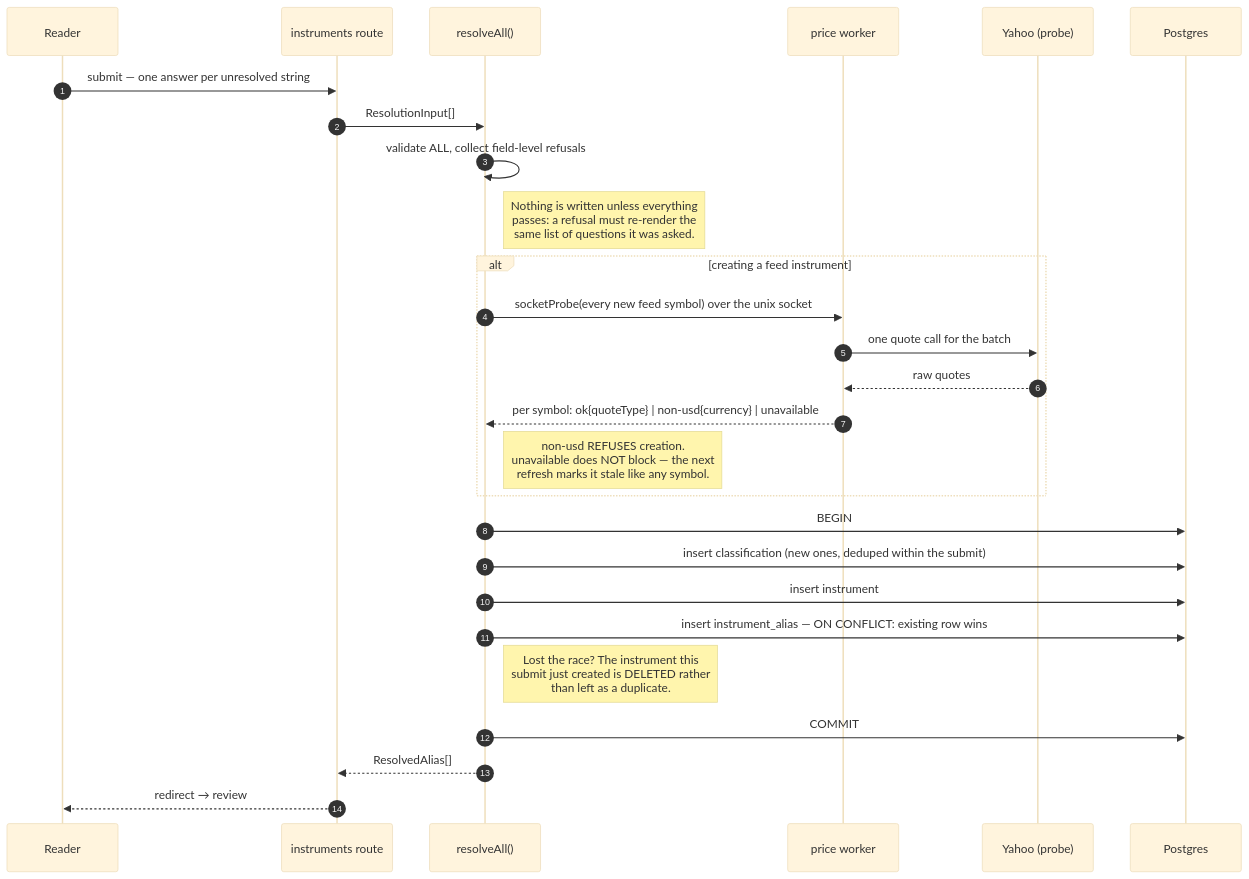
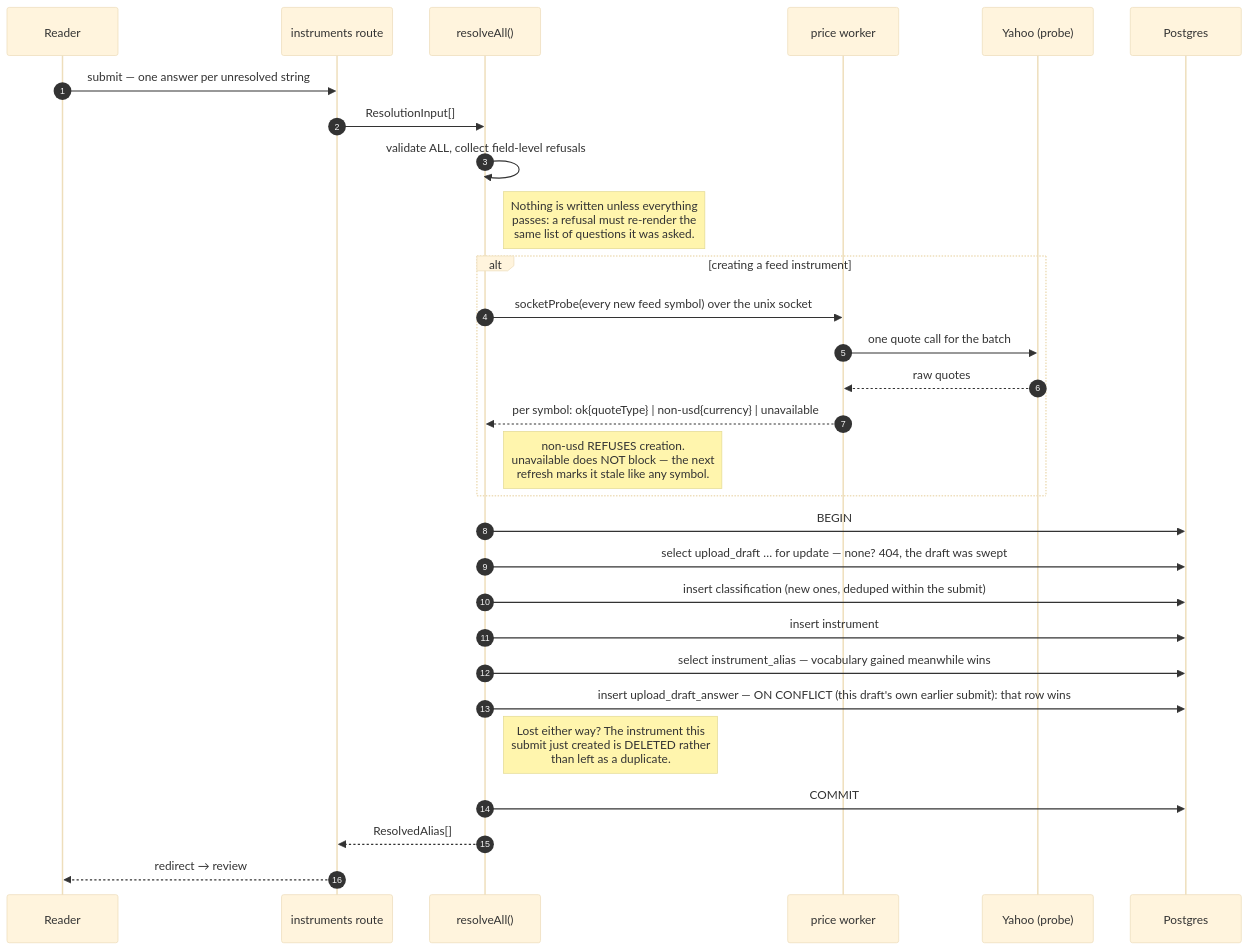
One commit to chethan123/portfolio changed the eighth of 11 diagrams in ARCHITECTURE.md. Above: the diagram before and after it, drawn with Mermaid (base theme). The commit also changed other lines of this file and 31 other files, not shown here.

````diff
--- a/ARCHITECTURE.md
+++ b/ARCHITECTURE.md
@@ -1058,30 +1080,32 @@
 ```mermaid
 sequenceDiagram
     autonumber
     participant U as Reader
     participant R as instruments route
     participant IR as resolveAll()
     participant W as price worker
     participant Y as Yahoo (probe)
     participant PG as Postgres
 
     U->>R: submit — one answer per unresolved string
     R->>IR: ResolutionInput[]
     IR->>IR: validate ALL, collect field-level refusals
     Note right of IR: Nothing is written unless everything<br/>passes: a refusal must re-render the<br/>same list of questions it was asked.
     alt creating a feed instrument
         IR->>W: socketProbe(every new feed symbol) over the unix socket
         W->>Y: one quote call for the batch
         Y-->>W: raw quotes
         W-->>IR: per symbol: ok{quoteType} | non-usd{currency} | unavailable
         Note right of IR: non-usd REFUSES creation.<br/>unavailable does NOT block — the next<br/>refresh marks it stale like any symbol.
     end
     IR->>PG: BEGIN
+    IR->>PG: select upload_draft … for update — none? 404, the draft was swept
     IR->>PG: insert classification (new ones, deduped within the submit)
     IR->>PG: insert instrument
-    IR->>PG: insert instrument_alias — ON CONFLICT: existing row wins
-    Note right of IR: Lost the race? The instrument this<br/>submit just created is DELETED rather<br/>than left as a duplicate.
+    IR->>PG: select instrument_alias — vocabulary gained meanwhile wins
+    IR->>PG: insert upload_draft_answer — ON CONFLICT (this draft's own earlier submit): that row wins
+    Note right of IR: Lost either way? The instrument this<br/>submit just created is DELETED rather<br/>than left as a duplicate.
     IR->>PG: COMMIT
     IR-->>R: ResolvedAlias[]
     R-->>U: redirect → review
 ```
````
